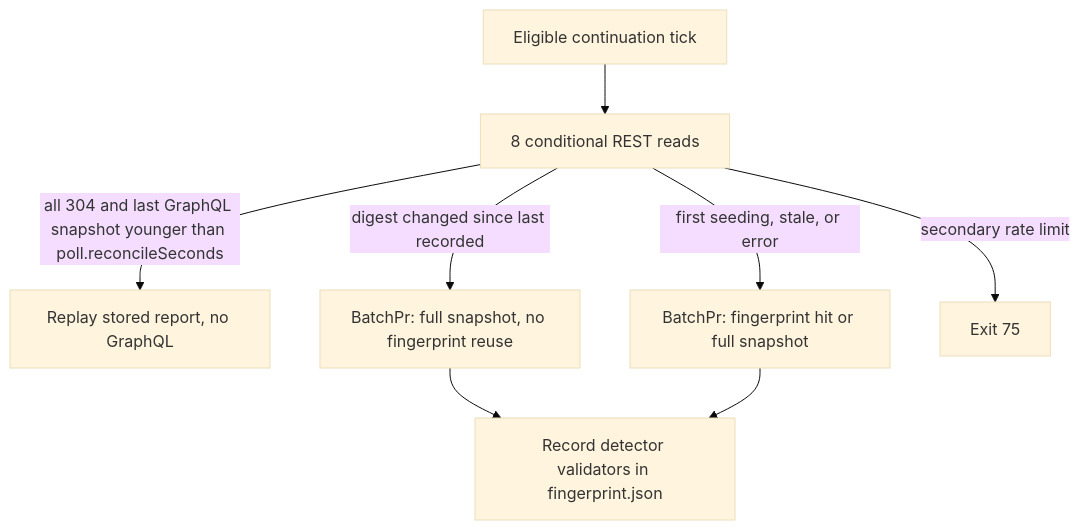
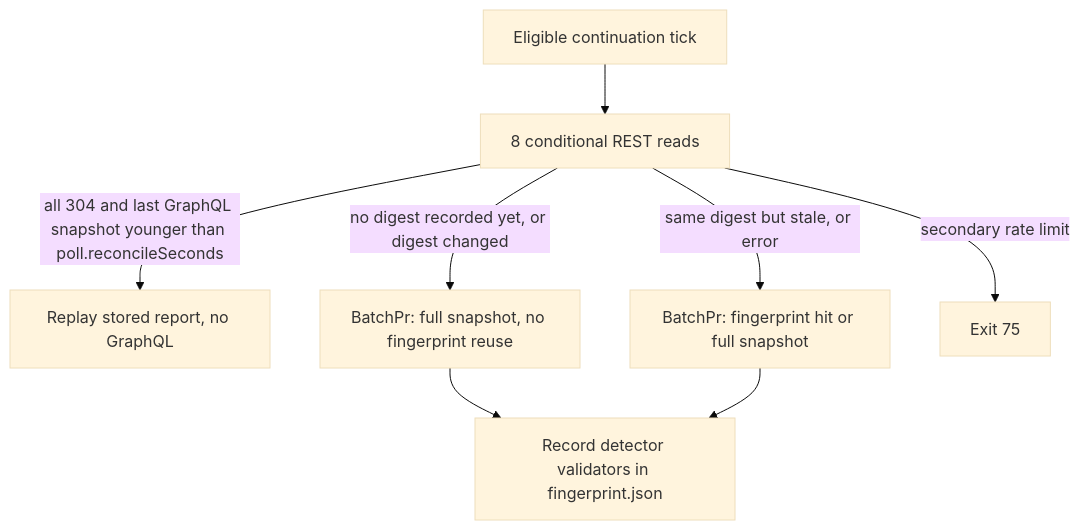
One commit to jonathanong/pr-shepherd changed the diagram in docs/graphql.md. Above: the diagram before and after it, drawn with Mermaid (base theme). The commit also changed other lines of this file and 7 other files, not shown here.

First line of the commit message:
fix: take a full snapshot on the detector-seeding tick too

````diff
--- a/docs/graphql.md
+++ b/docs/graphql.md
@@ -185,10 +185,10 @@
 ```mermaid
 flowchart TD
   A[Eligible continuation tick] --> B[8 conditional REST reads]
   B -->|all 304 and last GraphQL snapshot younger than poll.reconcileSeconds| C[Replay stored report, no GraphQL]
-  B -->|first seeding, stale, or error| D[BatchPr: fingerprint hit or full snapshot]
-  B -->|digest changed since last recorded| G[BatchPr: full snapshot, no fingerprint reuse]
+  B -->|same digest but stale, or error| D[BatchPr: fingerprint hit or full snapshot]
+  B -->|no digest recorded yet, or digest changed| G[BatchPr: full snapshot, no fingerprint reuse]
   G --> E
   D --> E[Record detector validators in fingerprint.json]
   B -->|secondary rate limit| F[Exit 75]
 ```
````
